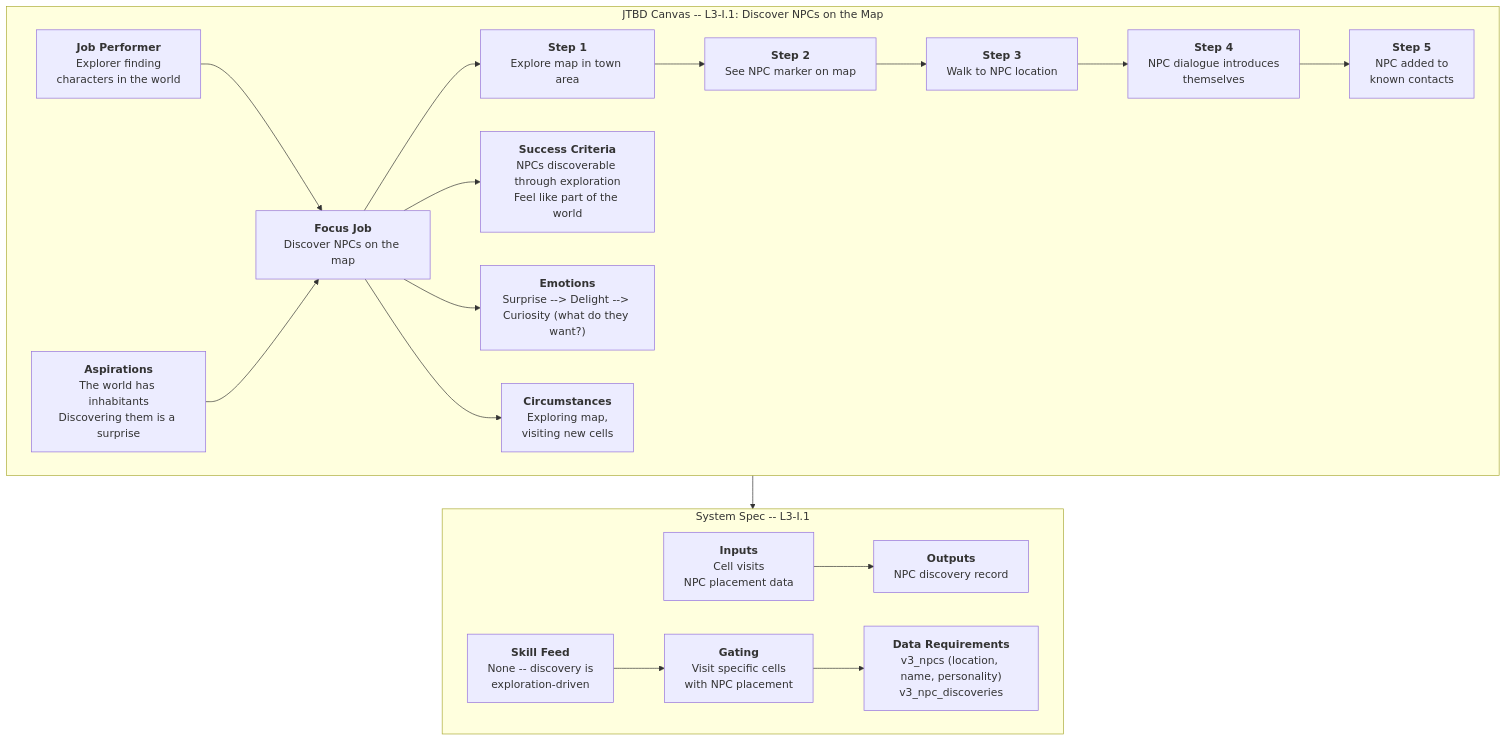
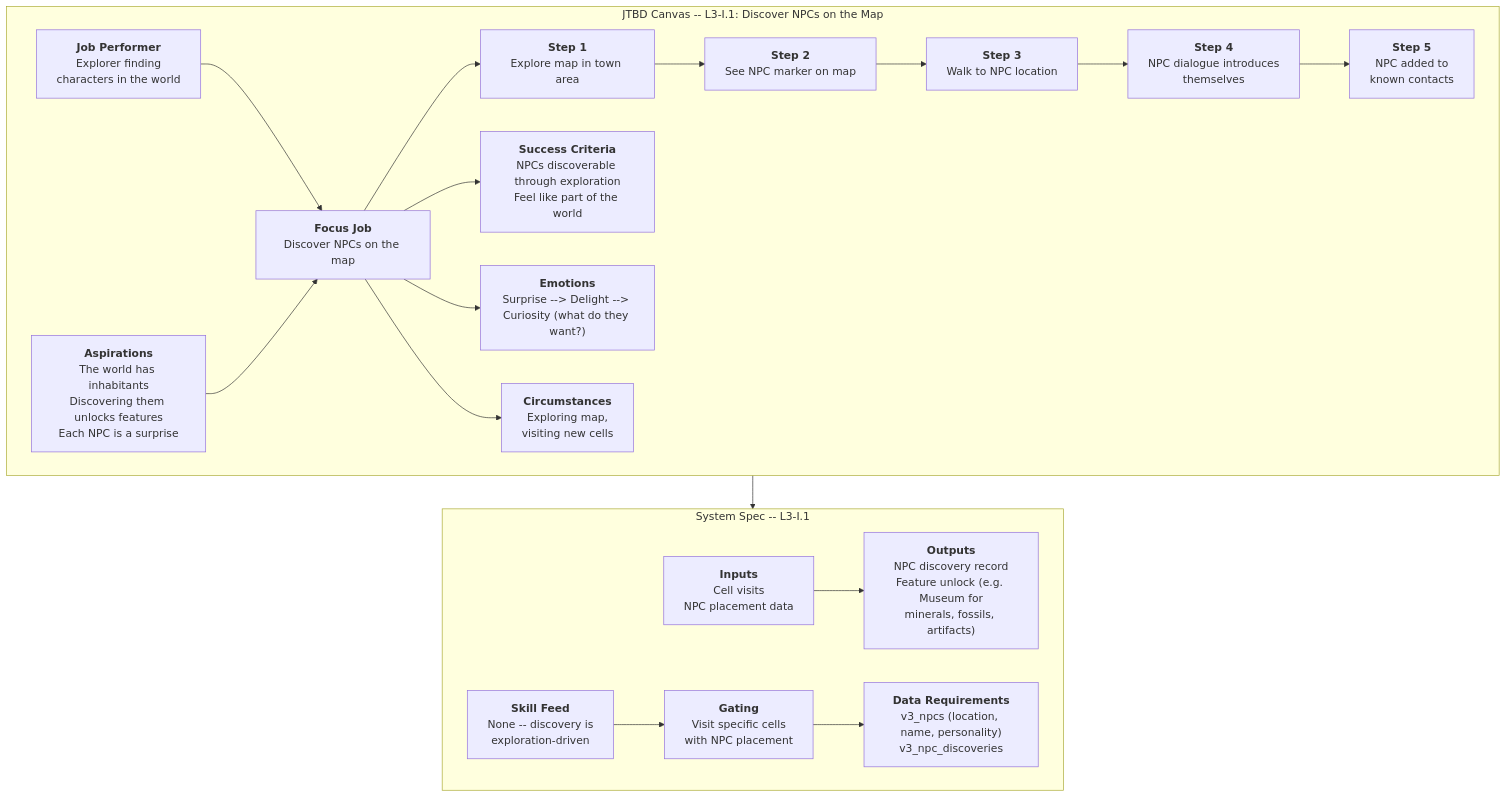
The diagram in docs/diagrams/problem/i1-discover-npcs.mmd (JMLegere/geo-app), drawn with Mermaid before and after one commit. The commit also changed 2 other files, not shown here.

Commit message:
docs: add NPC-gating pattern — NPCs unlock features like Museum
Museum is a collection for non-fauna items (minerals, fossils, artifacts),
unlocked by discovering the Archaeologist NPC. Updated I-series and C.1
canvases to reflect that NPCs are feature gates, not just quest-givers.

https://claude.ai/code/session_01Uf9fE4D4TXLRJZ2fMrf85n

```diff
--- a/docs/diagrams/problem/i1-discover-npcs.mmd
+++ b/docs/diagrams/problem/i1-discover-npcs.mmd
@@ -1,37 +1,37 @@
 %% Status: NEEDS HUMAN REVIEW
 flowchart TD
     subgraph JTBD["JTBD Canvas -- L3-I.1: Discover NPCs on the Map"]
         JP["<b>Job Performer</b><br/>Explorer finding<br/>characters in the world"]
-        ASP["<b>Aspirations</b><br/>The world has inhabitants<br/>Discovering them is a surprise"]
+        ASP["<b>Aspirations</b><br/>The world has inhabitants<br/>Discovering them unlocks features<br/>Each NPC is a surprise"]
         FJ["<b>Focus Job</b><br/>Discover NPCs on the map"]
         S1["<b>Step 1</b><br/>Explore map in town area"]
         S2["<b>Step 2</b><br/>See NPC marker on map"]
         S3["<b>Step 3</b><br/>Walk to NPC location"]
         S4["<b>Step 4</b><br/>NPC dialogue introduces<br/>themselves"]
         S5["<b>Step 5</b><br/>NPC added to<br/>known contacts"]
         SC["<b>Success Criteria</b><br/>NPCs discoverable through exploration<br/>Feel like part of the world"]
         EM["<b>Emotions</b><br/>Surprise --> Delight --> Curiosity (what do they want?)"]
         CIRC["<b>Circumstances</b><br/>Exploring map,<br/>visiting new cells"]
 
         JP --> FJ
         ASP --> FJ
         FJ --> S1
         S1 --> S2 --> S3 --> S4 --> S5
         FJ --> SC
         FJ --> EM
         FJ --> CIRC
     end
 
     subgraph SystemSpec["System Spec -- L3-I.1"]
         IN["<b>Inputs</b><br/>Cell visits<br/>NPC placement data"]
-        OUT["<b>Outputs</b><br/>NPC discovery record"]
+        OUT["<b>Outputs</b><br/>NPC discovery record<br/>Feature unlock (e.g. Museum for<br/>minerals, fossils, artifacts)"]
         SF["<b>Skill Feed</b><br/>None -- discovery is<br/>exploration-driven"]
         GT["<b>Gating</b><br/>Visit specific cells<br/>with NPC placement"]
         DR["<b>Data Requirements</b><br/>v3_npcs (location, name, personality)<br/>v3_npc_discoveries"]
 
         IN --> OUT
         SF --> GT
         GT --> DR
     end
 
     JTBD --> SystemSpec
```
